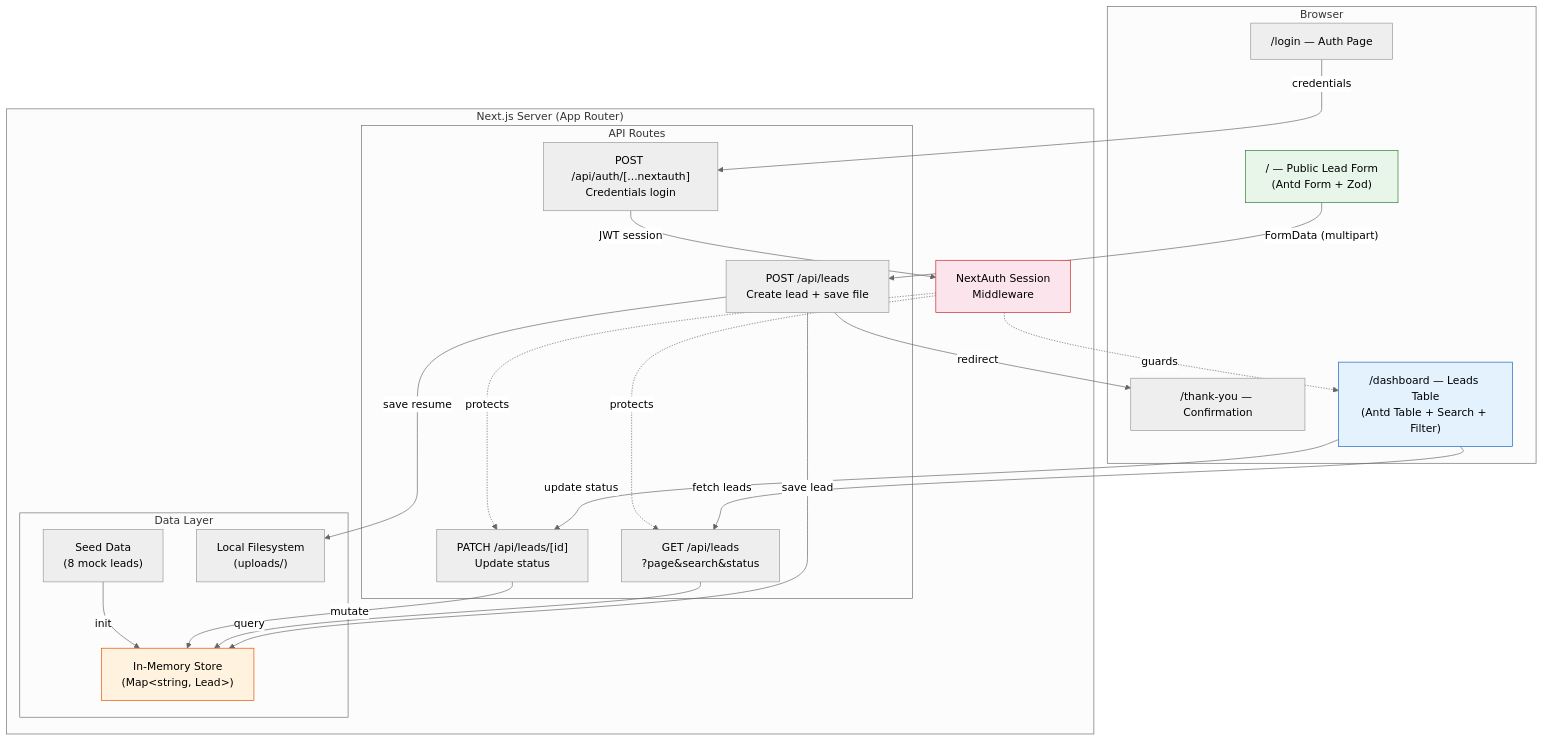
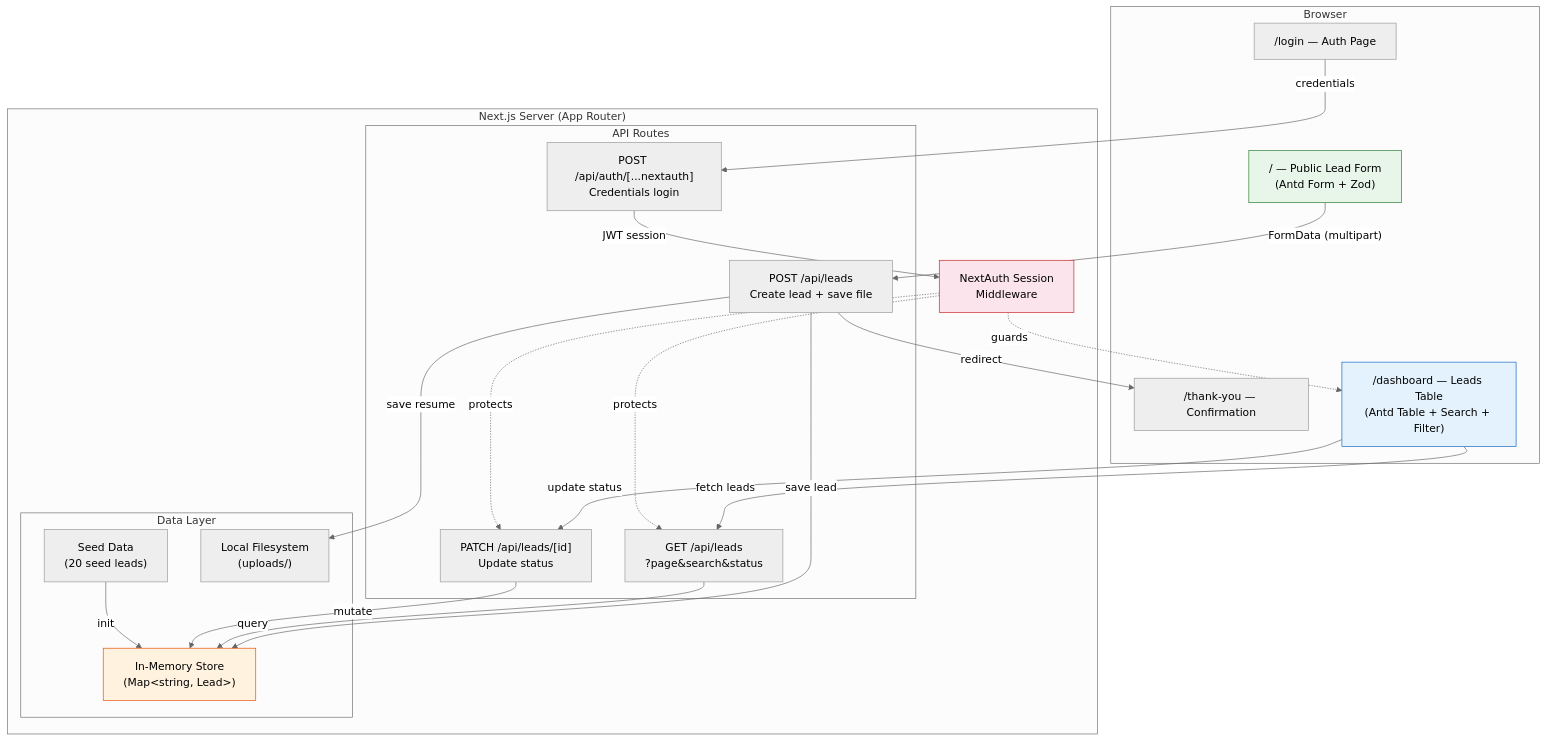
Before and after one commit to kimo/alma-take-home-assignment: the first of 3 diagrams in APPROACH.md, drawn with Mermaid (neutral theme). The commit also changed other lines of this file and 16 other files, not shown here.

````diff
--- a/APPROACH.md
+++ b/APPROACH.md
@@ -603,50 +618,50 @@
 ```mermaid
 graph TB
     subgraph Browser
         PF["/ — Public Lead Form<br/>(Antd Form + Zod)"]
         TY["/thank-you — Confirmation"]
         LG["/login — Auth Page"]
         DB["/dashboard — Leads Table<br/>(Antd Table + Search + Filter)"]
     end
 
     subgraph "Next.js Server (App Router)"
         subgraph "API Routes"
             POST["POST /api/leads<br/>Create lead + save file"]
             GET["GET /api/leads<br/>?page&search&status"]
             PATCH["PATCH /api/leads/[id]<br/>Update status"]
             AUTH["POST /api/auth/[...nextauth]<br/>Credentials login"]
         end
 
         subgraph "Data Layer"
             STORE["In-Memory Store<br/>(Map&lt;string, Lead&gt;)"]
-            SEED["Seed Data<br/>(8 mock leads)"]
+            SEED["Seed Data<br/>(20 seed leads)"]
             FS["Local Filesystem<br/>(uploads/)"]
         end
 
         MW["NextAuth Session<br/>Middleware"]
     end
 
     PF -->|"FormData (multipart)"| POST
     POST -->|"save lead"| STORE
     POST -->|"save resume"| FS
     POST -->|"redirect"| TY
 
     LG -->|"credentials"| AUTH
     AUTH -->|"JWT session"| MW
 
     DB -->|"fetch leads"| GET
     DB -->|"update status"| PATCH
     GET -->|"query"| STORE
     PATCH -->|"mutate"| STORE
 
     MW -.->|"protects"| GET
     MW -.->|"protects"| PATCH
     MW -.->|"guards"| DB
 
     SEED -->|"init"| STORE
 
     style PF fill:#e8f5e9,stroke:#2e7d32
     style DB fill:#e3f2fd,stroke:#1565c0
     style STORE fill:#fff3e0,stroke:#e65100
     style MW fill:#fce4ec,stroke:#c62828
 ```
````
